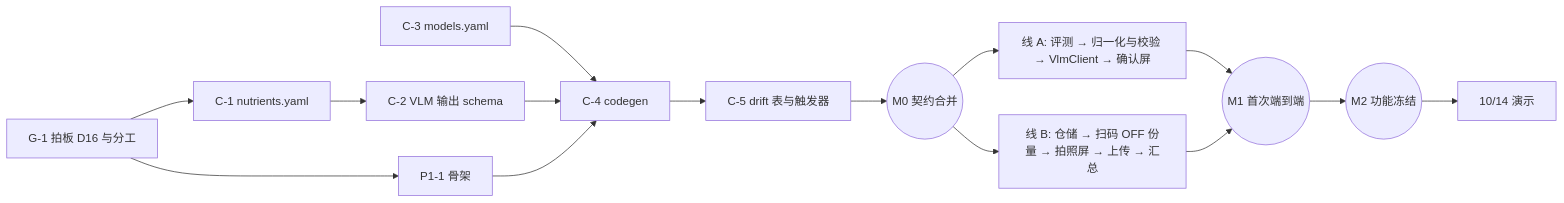
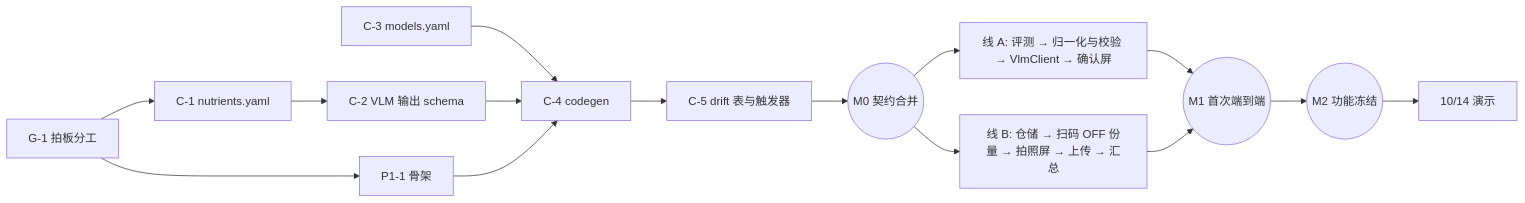
The diagram in docs/DEV_PLAN.md (EatWell-Studio/NutriScan-MVP), drawn with Mermaid before and after one commit. The commit also changed other lines of this file and 9 other files, not shown here.

````diff
--- a/docs/DEV_PLAN.md
+++ b/docs/DEV_PLAN.md
@@ -295,17 +295,17 @@
 ```mermaid
 flowchart LR
-  G1[G-1 拍板 D16 与分工] --> P11[P1-1 骨架]
+  G1[G-1 拍板分工] --> P11[P1-1 骨架]
   G1 --> C1[C-1 nutrients.yaml]
   C1 --> C2[C-2 VLM 输出 schema]
   C3[C-3 models.yaml] --> C4
   C2 --> C4[C-4 codegen]
   P11 --> C4
   C4 --> C5[C-5 drift 表与触发器]
   C5 --> M0((M0 契约合并))
   M0 --> A[线 A: 评测 → 归一化与校验 → VlmClient → 确认屏]
   M0 --> B[线 B: 仓储 → 扫码 OFF 份量 → 拍照屏 → 上传 → 汇总]
   A --> M1((M1 首次端到端))
   B --> M1
   M1 --> M2((M2 功能冻结))
   M2 --> D[10/14 演示]
 ```
````
